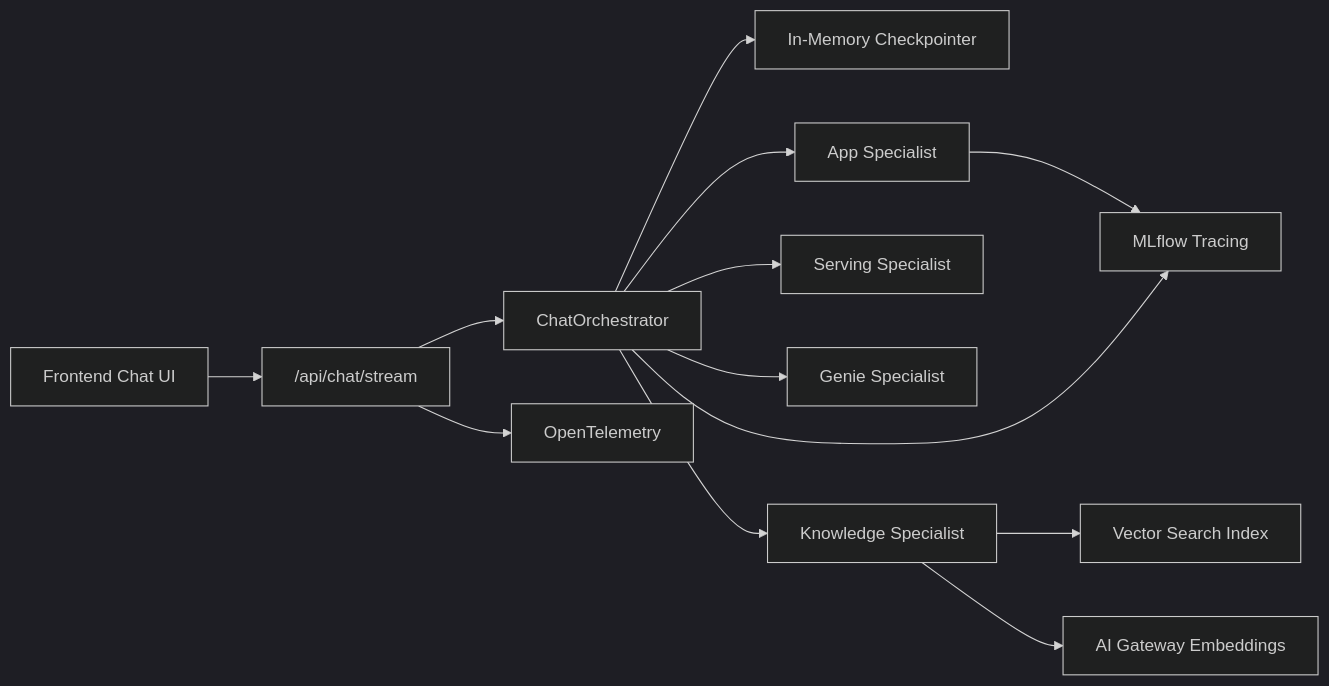
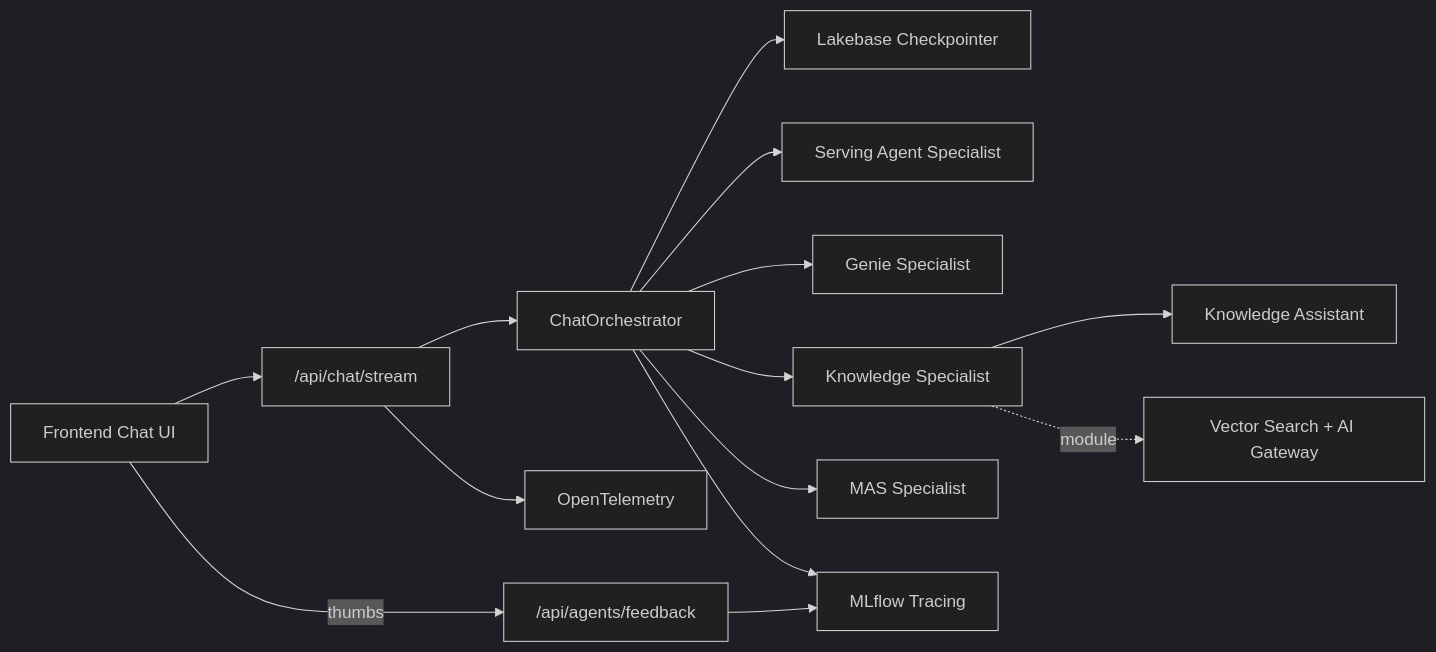
One commit to Paldom/databricks-apps-fastapi-starter changed the diagram in README.md. Above: the diagram before and after it, drawn with Mermaid (dark theme). The commit also changed other lines of this file and 651 other files, not shown here.

````diff
--- a/README.md
+++ b/README.md
@@ -192,18 +316,18 @@
 ```mermaid
 flowchart LR
     UI[Frontend Chat UI] --> API["/api/chat/stream"]
     API --> ORCH[ChatOrchestrator]
 
-    ORCH --> MEM[In-Memory Checkpointer]
-    ORCH --> APP[App Specialist]
-    ORCH --> SERVE[Serving Specialist]
+    ORCH --> MEM[Lakebase Checkpointer]
+    ORCH --> SERVE[Serving Agent Specialist]
     ORCH --> GENIE[Genie Specialist]
     ORCH --> KNOW[Knowledge Specialist]
+    ORCH --> MAS[MAS Specialist]
 
-    KNOW --> VS[Vector Search Index]
-    KNOW --> AIGW[AI Gateway Embeddings]
+    KNOW --> KA[Knowledge Assistant]
+    KNOW -. module .-> VS[Vector Search + AI Gateway]
 
-    APP --> MLFLOW[MLflow Tracing]
-    ORCH --> MLFLOW
+    ORCH --> MLFLOW[MLflow Tracing]
     API --> OTEL[OpenTelemetry]
+    UI -- thumbs --> FB["/api/agents/feedback"] --> MLFLOW
 ```
````
